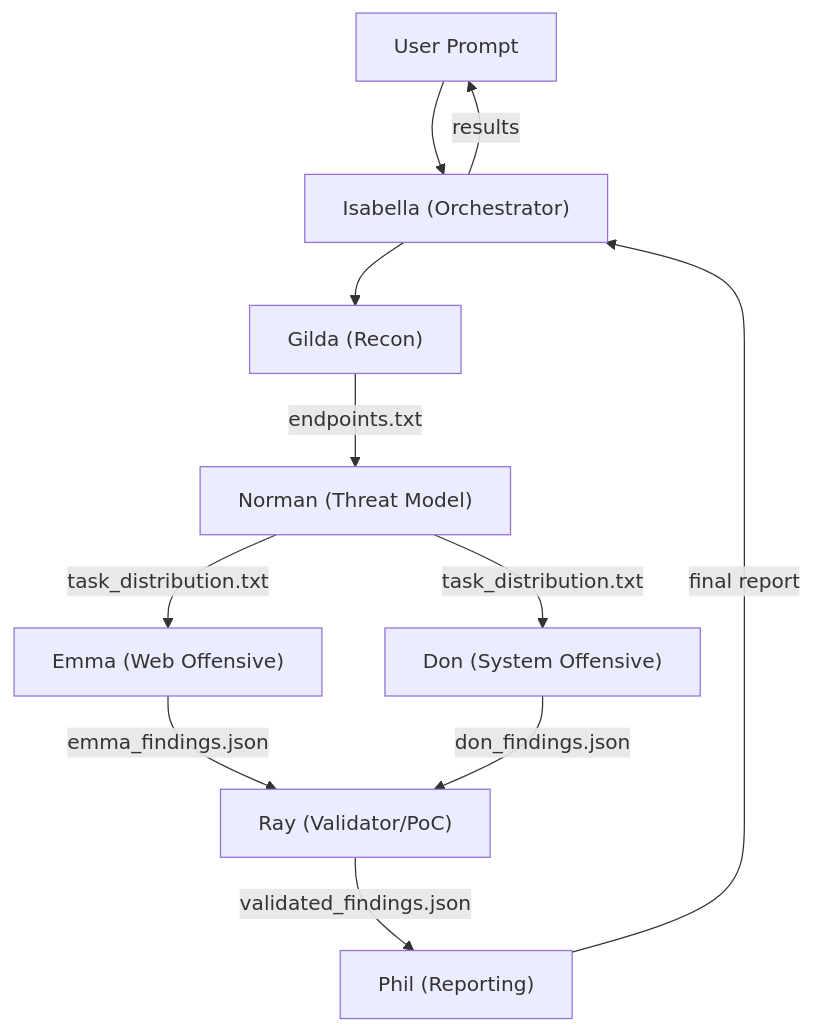
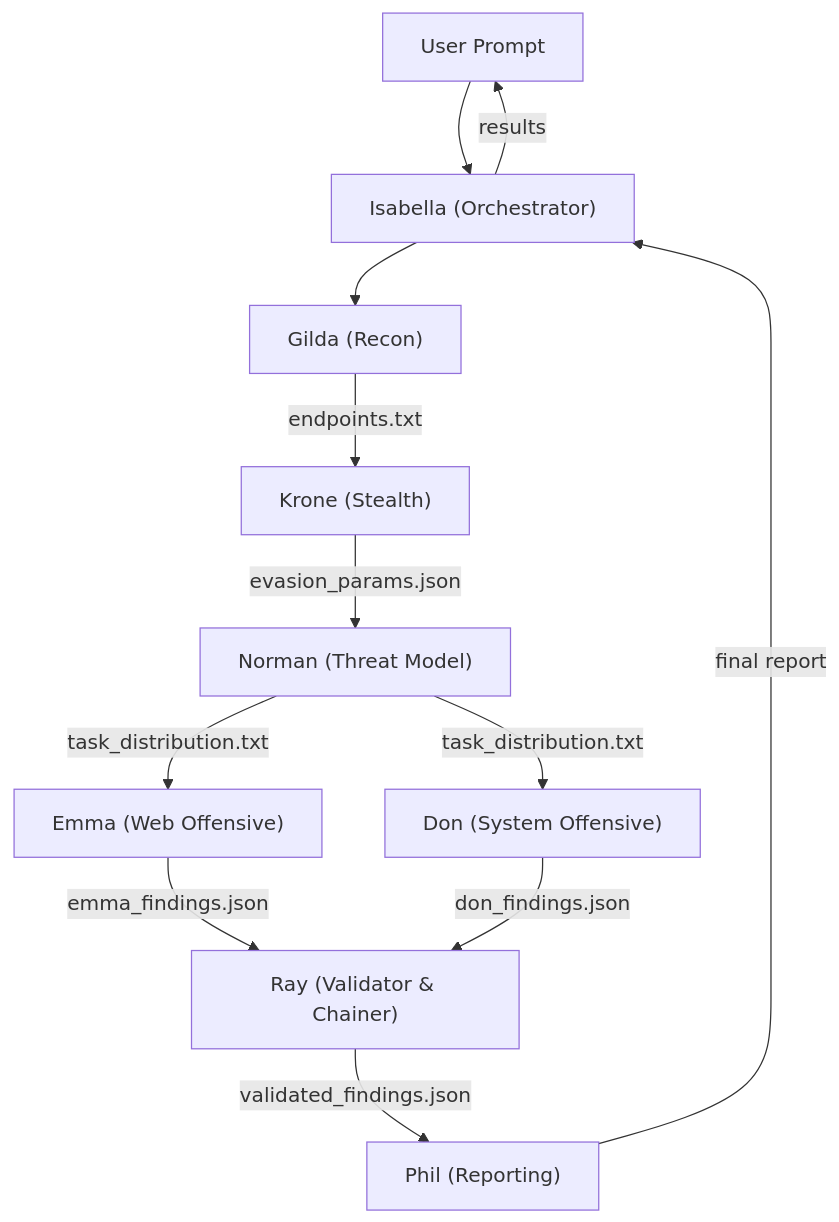
One commit to rheatkhs/noir changed the diagram in README.md. Above: the diagram before and after it, drawn with Mermaid. The commit also changed other lines of this file, not shown here.

````diff
--- a/README.md
+++ b/README.md
@@ -29,17 +29,22 @@
 ```mermaid
 flowchart TB
     USER["User Prompt"] --> ISABELLA["Isabella (Orchestrator)"]
     
     ISABELLA --> GILDA["Gilda (Recon)"]
-    GILDA -->|endpoints.txt| NORMAN["Norman (Threat Model)"]
+    GILDA -->|endpoints.txt| KRONE["Krone (Stealth)"]
+    KRONE -->|evasion_params.json| NORMAN["Norman (Threat Model)"]
     
     NORMAN -->|task_distribution.txt| EMMA["Emma (Web Offensive)"]
     NORMAN -->|task_distribution.txt| DON["Don (System Offensive)"]
     
-    EMMA -->|emma_findings.json| RAY["Ray (Validator/PoC)"]
+    EMMA -->|emma_findings.json| RAY["Ray (Validator & Chainer)"]
     DON -->|don_findings.json| RAY
+
     
+
     RAY -->|validated_findings.json| PHIL["Phil (Reporting)"]
+
     PHIL -->|final report| ISABELLA
+
     ISABELLA -->|results| USER
 ```
````
